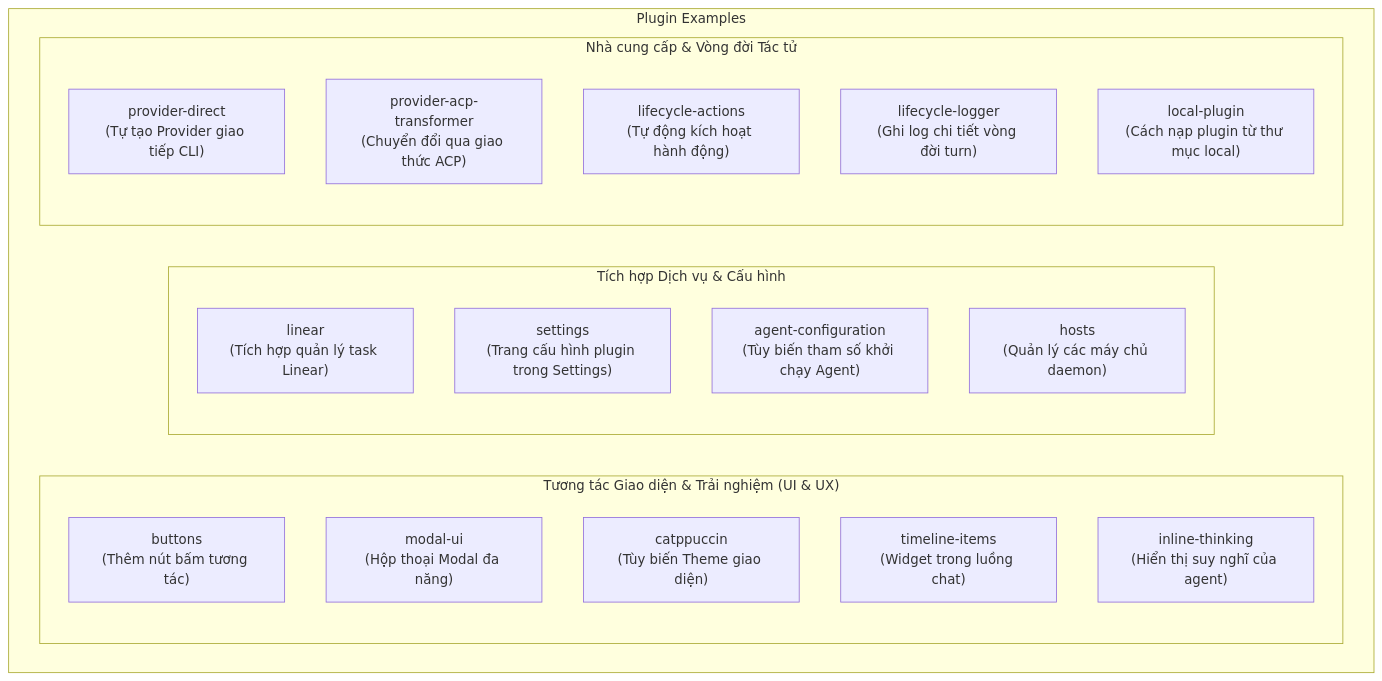
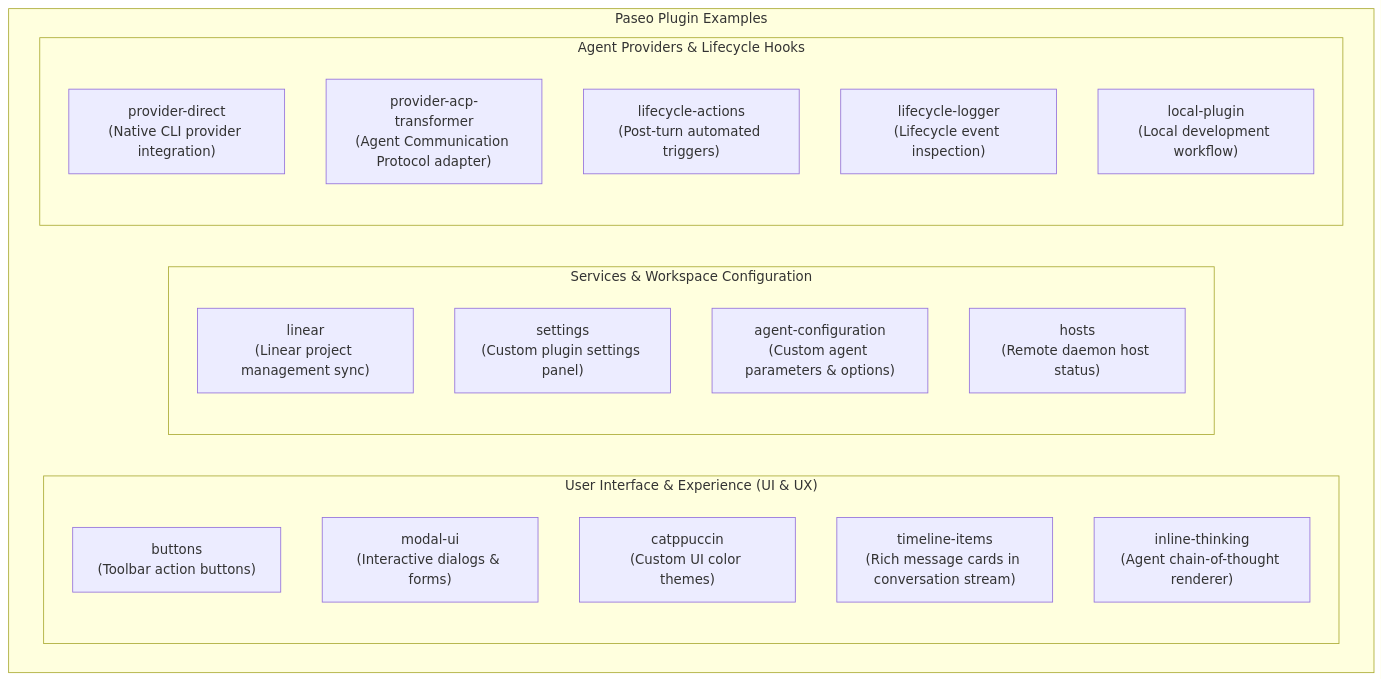
The diagram in plugin-examples/README.md (luongndcoder/paseo), drawn with Mermaid before and after one commit. The commit also changed other lines of this file and 2 other files, not shown here.

Commit message:
docs: translate plugin and architecture documentation to English and add registry publishing guide

````diff
--- a/plugin-examples/README.md
+++ b/plugin-examples/README.md
@@ -9,27 +9,27 @@
 ```mermaid
 flowchart TD
-    subgraph Examples["Plugin Examples"]
-        subgraph UIComponents["Tương tác Giao diện & Trải nghiệm (UI & UX)"]
-            Btn["buttons<br/>(Thêm nút bấm tương tác)"]
-            Modal["modal-ui<br/>(Hộp thoại Modal đa năng)"]
-            Theme["catppuccin<br/>(Tùy biến Theme giao diện)"]
-            Timeline["timeline-items<br/>(Widget trong luồng chat)"]
-            Inline["inline-thinking<br/>(Hiển thị suy nghĩ của agent)"]
+    subgraph Examples["Paseo Plugin Examples"]
+        subgraph UIComponents["User Interface & Experience (UI & UX)"]
+            Btn["buttons<br/>(Toolbar action buttons)"]
+            Modal["modal-ui<br/>(Interactive dialogs & forms)"]
+            Theme["catppuccin<br/>(Custom UI color themes)"]
+            Timeline["timeline-items<br/>(Rich message cards in conversation stream)"]
+            Inline["inline-thinking<br/>(Agent chain-of-thought renderer)"]
         end
 
-        subgraph Integration["Tích hợp Dịch vụ & Cấu hình"]
-            Linear["linear<br/>(Tích hợp quản lý task Linear)"]
-            Settings["settings<br/>(Trang cấu hình plugin trong Settings)"]
-            AgentConfig["agent-configuration<br/>(Tùy biến tham số khởi chạy Agent)"]
-            Hosts["hosts<br/>(Quản lý các máy chủ daemon)"]
+        subgraph Integration["Services & Workspace Configuration"]
+            Linear["linear<br/>(Linear project management sync)"]
+            Settings["settings<br/>(Custom plugin settings panel)"]
+            AgentConfig["agent-configuration<br/>(Custom agent parameters & options)"]
+            Hosts["hosts<br/>(Remote daemon host status)"]
         end
 
-        subgraph ProvidersLifecycle["Nhà cung cấp & Vòng đời Tác tử"]
-            Direct["provider-direct<br/>(Tự tạo Provider giao tiếp CLI)"]
-            ACP["provider-acp-transformer<br/>(Chuyển đổi qua giao thức ACP)"]
-            Actions["lifecycle-actions<br/>(Tự động kích hoạt hành động)"]
-            Logger["lifecycle-logger<br/>(Ghi log chi tiết vòng đời turn)"]
-            Local["local-plugin<br/>(Cách nạp plugin từ thư mục local)"]
+        subgraph ProvidersLifecycle["Agent Providers & Lifecycle Hooks"]
+            Direct["provider-direct<br/>(Native CLI provider integration)"]
+            ACP["provider-acp-transformer<br/>(Agent Communication Protocol adapter)"]
+            Actions["lifecycle-actions<br/>(Post-turn automated triggers)"]
+            Logger["lifecycle-logger<br/>(Lifecycle event inspection)"]
+            Local["local-plugin<br/>(Local development workflow)"]
         end
     end
 ```
````
